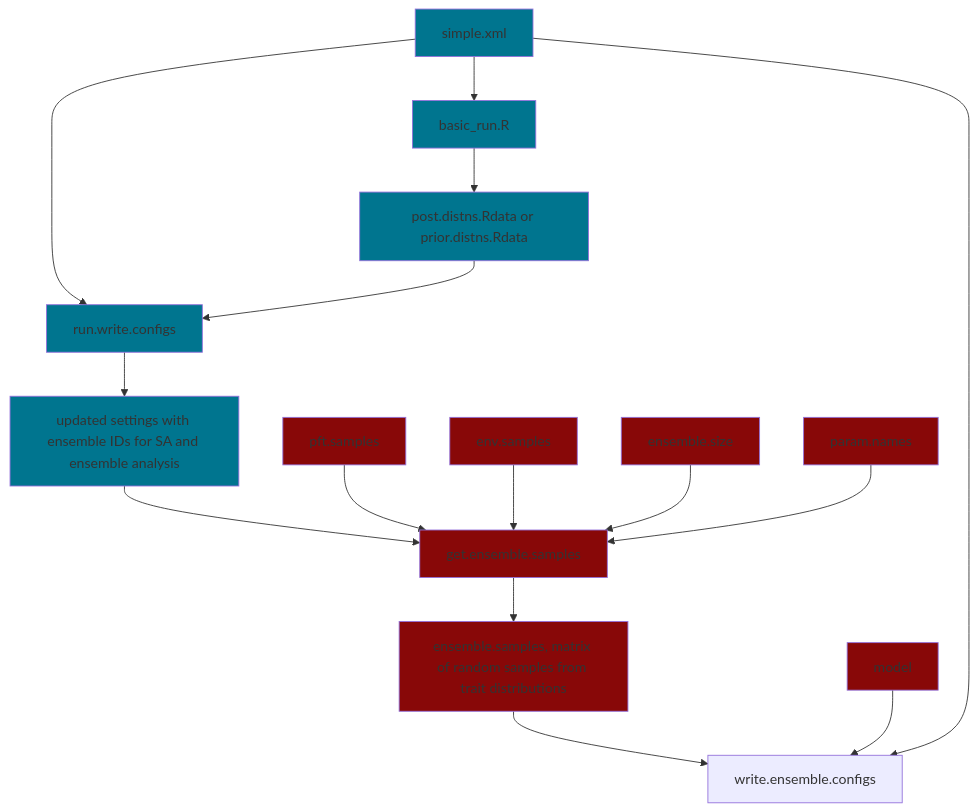
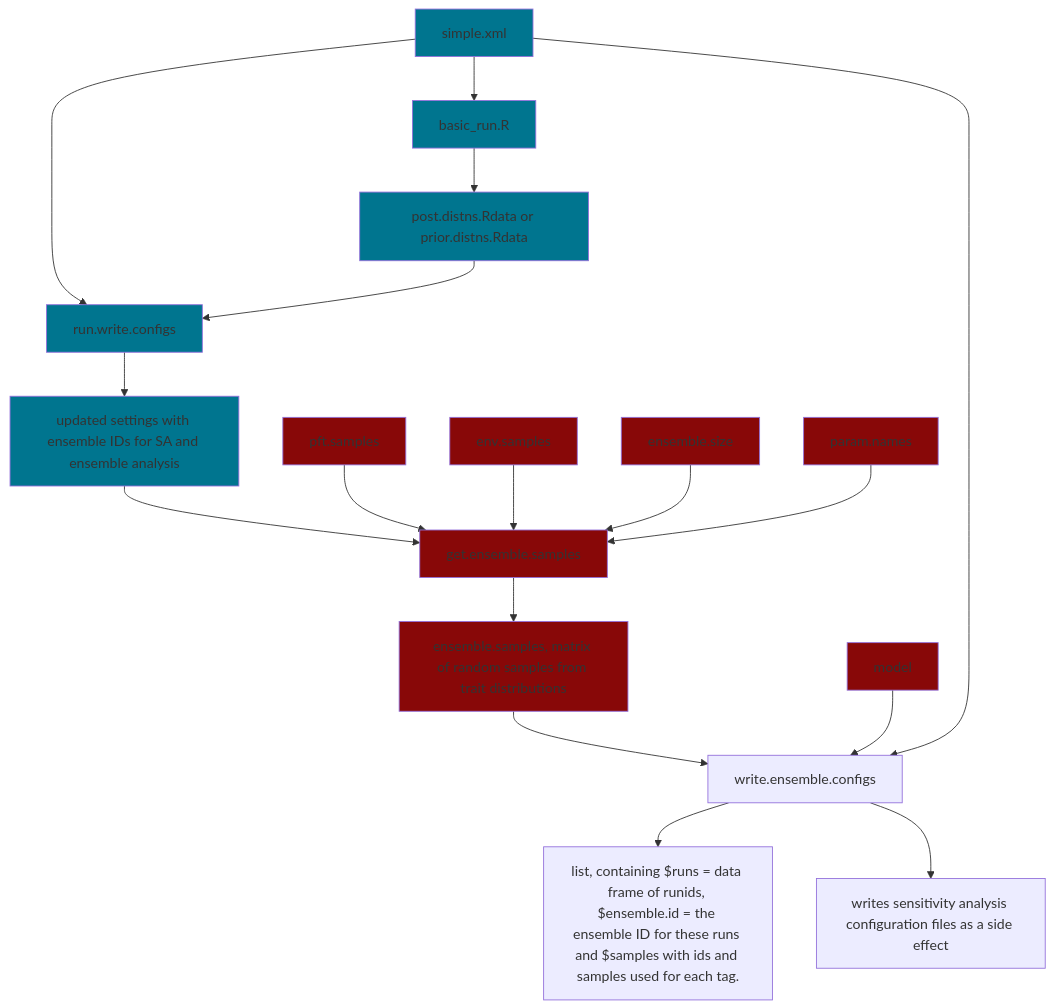
The diagram in README.md (ecamo19/gsoc_project_2022_vm), drawn with Mermaid before and after one commit.

````diff
--- a/README.md
+++ b/README.md
@@ -49,35 +49,38 @@
 ```mermaid
   graph TD;
       simple.xml-->run.write.configs;
       simple.xml-->basic_run.R;
       basic_run.R-->posterior.files[post.distns.Rdata or prior.distns.Rdata];
       posterior.files[post.distns.Rdata or prior.distns.Rdata]-->run.write.configs;
       run.write.configs-->output_1[updated settings with ensemble IDs for SA and ensemble analysis ];
       output_1[updated settings with ensemble IDs for SA and ensemble analysis]-->get.ensemble.samples;
       input_get_ensemble_1[pft.samples]-->get.ensemble.samples;
       input_get_ensemble_2[env.samples]-->get.ensemble.samples;
       input_get_ensemble_3[ensemble.size]-->get.ensemble.samples;
       input_get_ensemble_4[param.names]-->get.ensemble.samples;
       get.ensemble.samples--> output_get_ensemble[ensemble.samples, matrix of random samples from trait distributions];
       output_get_ensemble[ensemble.samples, matrix of random samples from trait distributions]-->write.ensemble.configs;
       model-->write.ensemble.configs;
       simple.xml-->write.ensemble.configs;
+      write.ensemble.configs-->output_write_ensemble[list, containing $runs = data frame of runids, $ensemble.id = the ensemble ID for these runs and $samples with ids and samples used for each tag.];
+      write.ensemble.configs-->output_write_ensemble_sa[writes sensitivity analysis configuration files as a side effect];
+      
       
      
       style basic_run.R fill:#00758f
       style output_1 fill:#00758f
       style run.write.configs fill:#00758f
       style simple.xml fill:#00758f
       style posterior.files fill:#00758f
       
       
   
       style input_get_ensemble_1 fill:#880808
       style input_get_ensemble_2 fill:#880808
       style input_get_ensemble_3 fill:#880808
       style input_get_ensemble_4 fill:#880808
       style get.ensemble.samples fill:#880808
       style output_get_ensemble  fill:#880808 
       style model fill:#880808 
       
 ```
````
